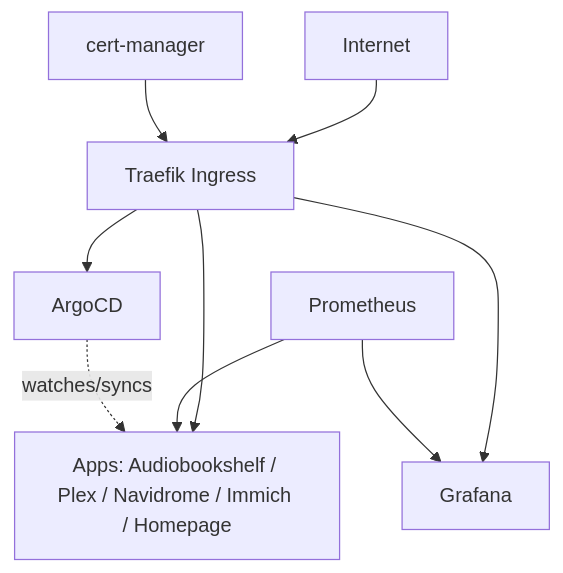
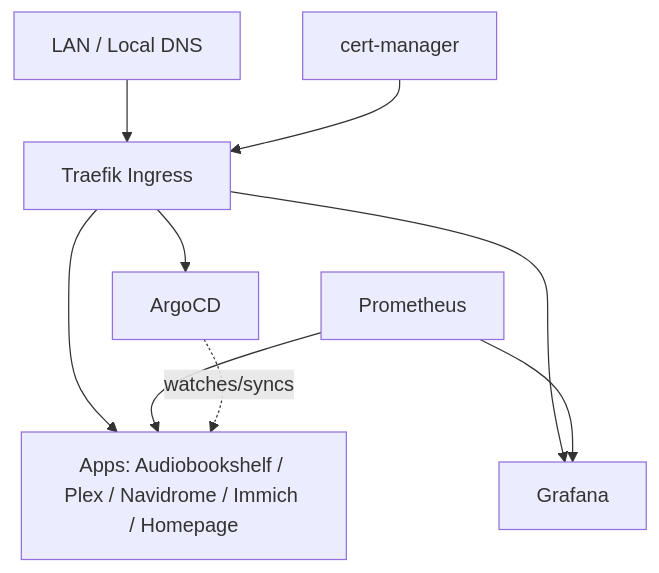
One commit to Duck8Bill/lab changed the diagram in README.md. Above: the diagram before and after it, drawn with Mermaid.

Commit message:
Main Readme image update

````diff
--- a/README.md
+++ b/README.md
@@ -16,11 +16,11 @@
 ```mermaid
 graph TD
-    Internet --> Traefik[Traefik Ingress]
+    LAN[LAN / Local DNS] --> Traefik[Traefik Ingress]
+    CertManager[cert-manager] --> Traefik
+    Traefik --> ArgoCD
+    Traefik --> Grafana
     Traefik --> Apps[Apps: Audiobookshelf / Plex / Navidrome / Immich / Homepage]
-    Traefik --> Grafana
-    Traefik --> ArgoCD
-    CertManager[cert-manager] --> Traefik
     Prometheus --> Grafana
     Prometheus --> Apps
     ArgoCD -.watches/syncs.-> Apps
 ```
````
